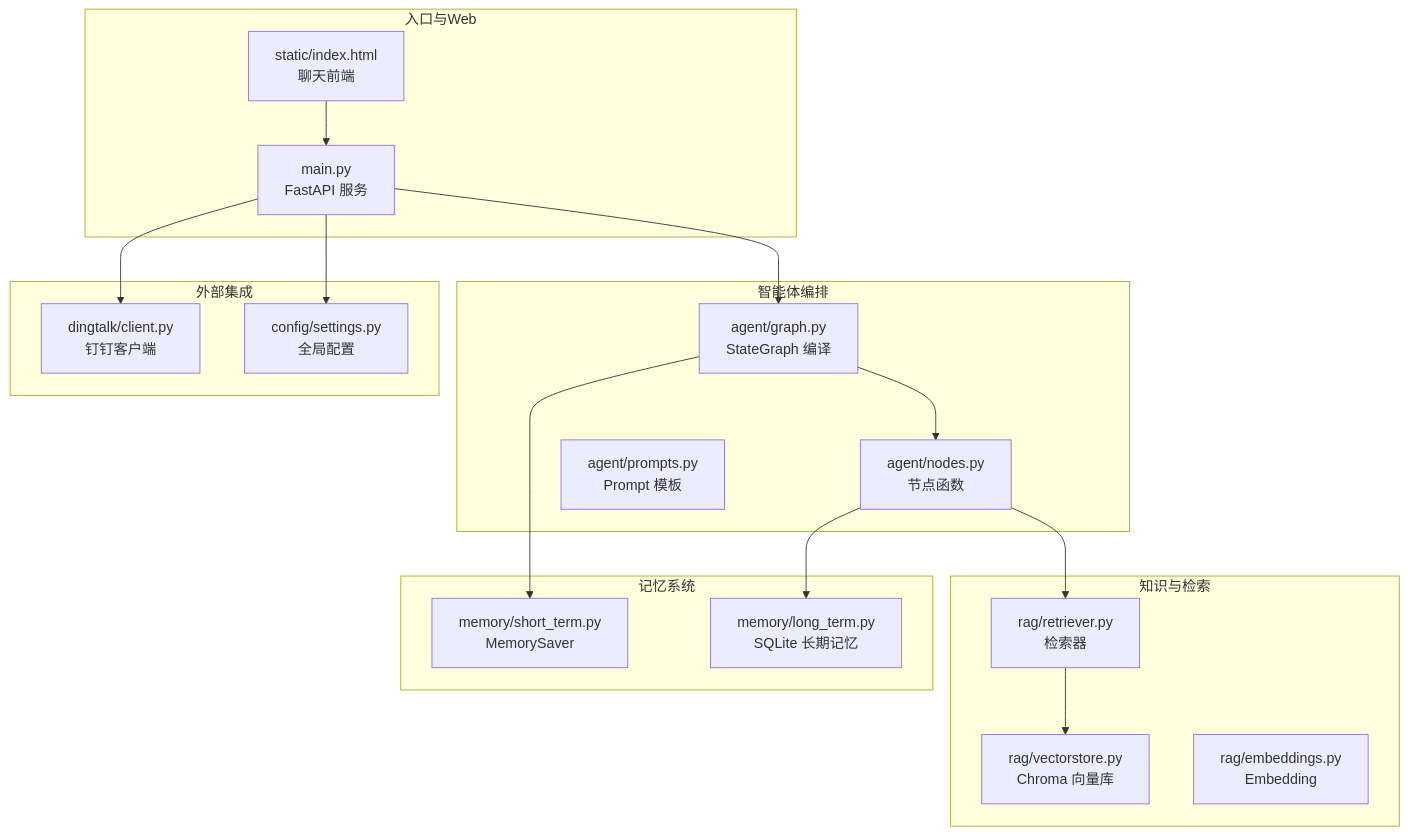
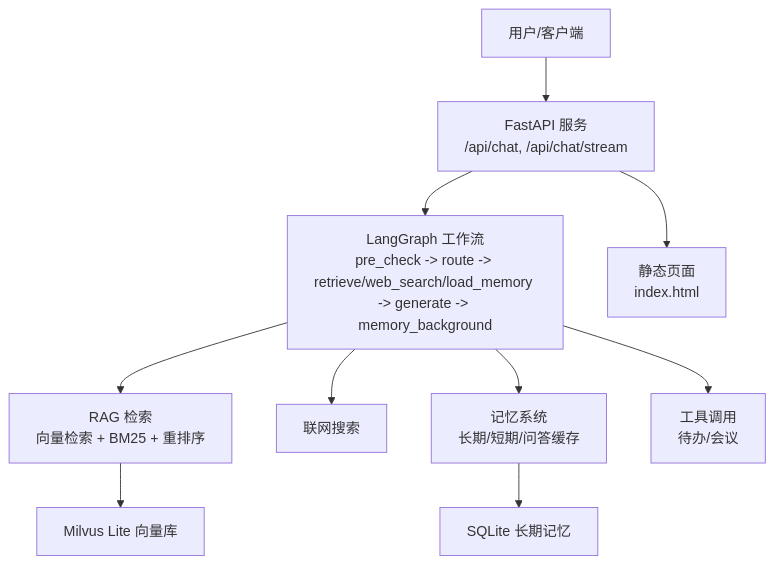
One commit to Cecil09312/DingDingAIAssistant changed the first of 7 diagrams in .qoder/repowiki/zh/content/项目概述.md. Above: the diagram before and after it, drawn with Mermaid. The commit also changed other lines of this file and 81 other files, not shown here.

````diff
--- a/.qoder/repowiki/zh/content/项目概述.md
+++ b/.qoder/repowiki/zh/content/项目概述.md
@@ -47,34 +45,12 @@
 ```mermaid
 graph TB
-subgraph "入口与Web"
-MAIN["main.py<br/>FastAPI 服务"]
-WEB["static/index.html<br/>聊天前端"]
-end
-subgraph "智能体编排"
-GRAPH["agent/graph.py<br/>StateGraph 编译"]
-NODES["agent/nodes.py<br/>节点函数"]
-PROMPTS["agent/prompts.py<br/>Prompt 模板"]
-end
-subgraph "知识与检索"
-RETRIEVER["rag/retriever.py<br/>检索器"]
-VSTORE["rag/vectorstore.py<br/>Chroma 向量库"]
-EMB["rag/embeddings.py<br/>Embedding"]
-end
-subgraph "记忆系统"
-SHORT["memory/short_term.py<br/>MemorySaver"]
-LONG["memory/long_term.py<br/>SQLite 长期记忆"]
-end
-subgraph "外部集成"
-DING["dingtalk/client.py<br/>钉钉客户端"]
-CFG["config/settings.py<br/>全局配置"]
-end
-MAIN --> GRAPH
-GRAPH --> NODES
-NODES --> RETRIEVER
-RETRIEVER --> VSTORE
-NODES --> LONG
-GRAPH --> SHORT
-MAIN --> DING
-MAIN --> CFG
-WEB --> MAIN
+A["用户/客户端"] --> B["FastAPI 服务<br/>/api/chat, /api/chat/stream"]
+B --> C["LangGraph 工作流<br/>pre_check -> route -> retrieve/web_search/load_memory -> generate -> memory_background"]
+C --> D["RAG 检索<br/>向量检索 + BM25 + 重排序"]
+C --> E["联网搜索"]
+C --> F["记忆系统<br/>长期/短期/问答缓存"]
+C --> G["工具调用<br/>待办/会议"]
+D --> H["Milvus Lite 向量库"]
+F --> I["SQLite 长期记忆"]
+B --> J["静态页面<br/>index.html"]
 ```
````
